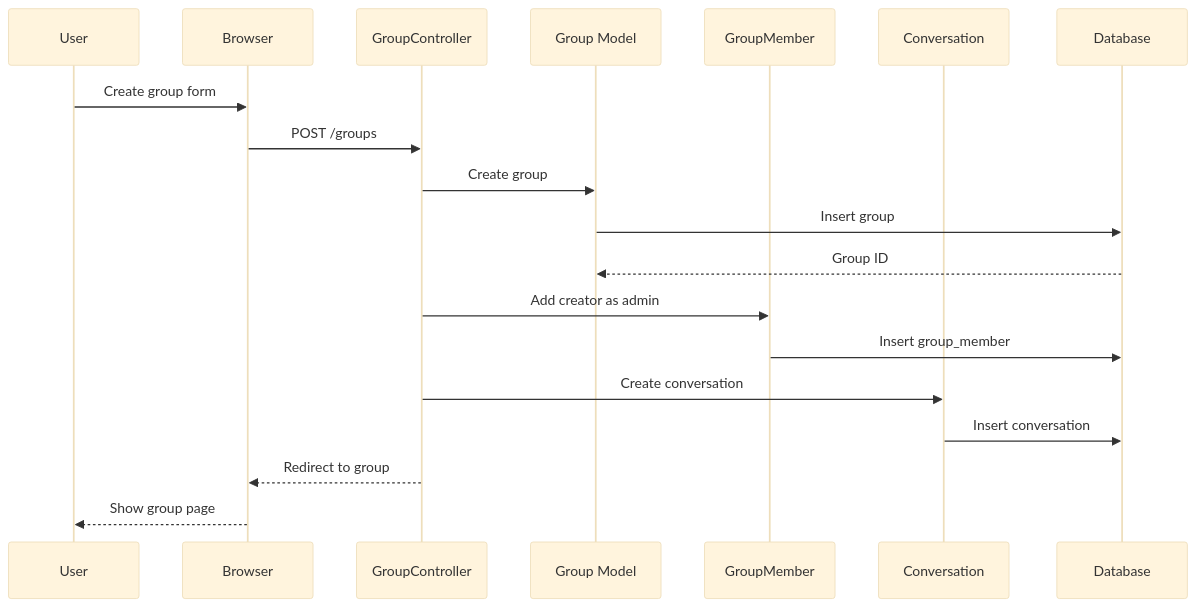
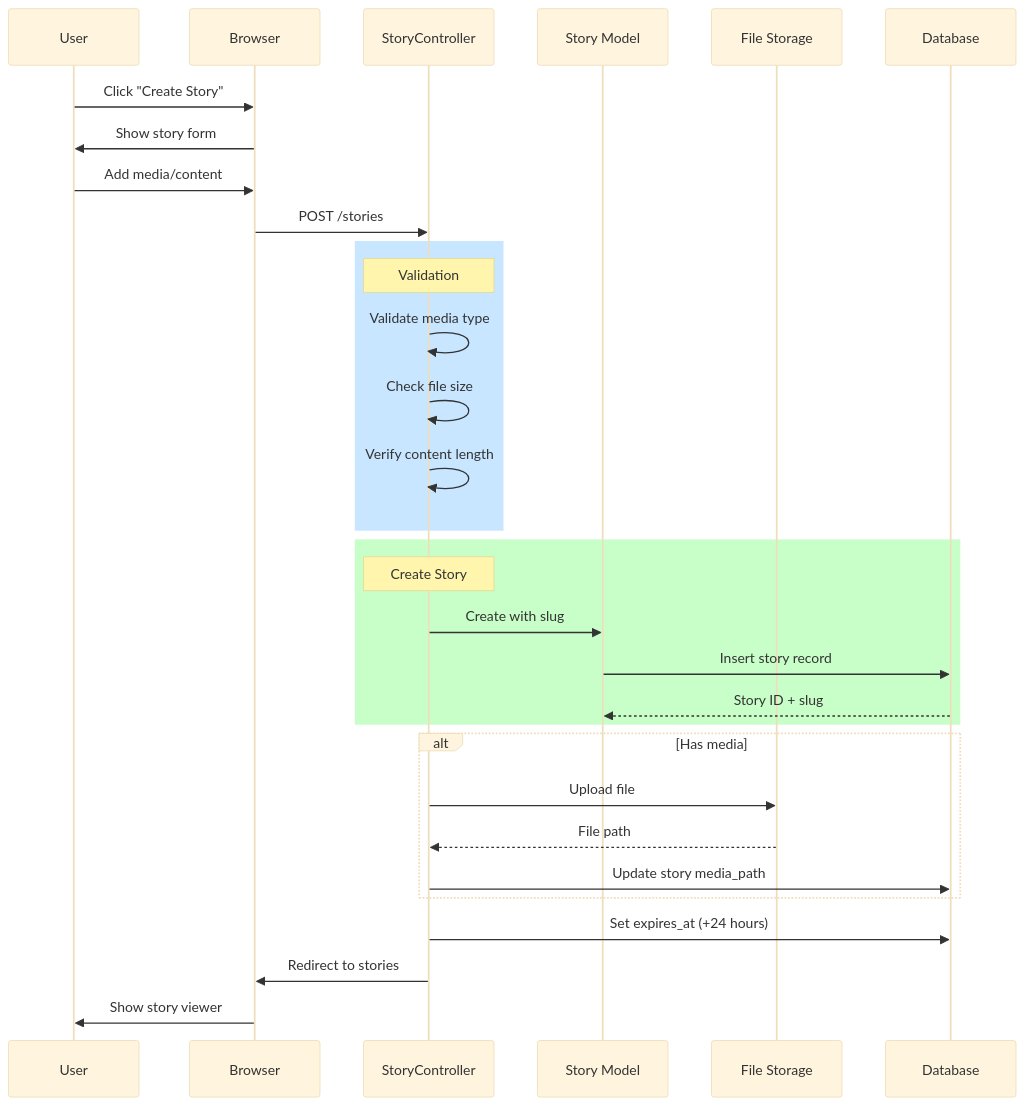
Before and after one commit to vd120/laravel_project: the tenth of 28 diagrams in UML.md, drawn with Mermaid (base theme). The commit also changed other lines of this file and 36 other files, not shown here.

````diff
--- a/UML.md
+++ b/UML.md
@@ -612,22 +1205,38 @@
 ```mermaid
 sequenceDiagram
     participant U as User
     participant B as Browser
-    participant GC as GroupController
-    participant G as Group Model
-    participant GM as GroupMember
-    participant C as Conversation
+    participant SC as StoryController
+    participant StoryM as Story Model
+    participant Storage as File Storage
     participant DB as Database
 
-    U->>B: Create group form
-    B->>GC: POST /groups
-    GC->>G: Create group
-    G->>DB: Insert group
-    DB-->>G: Group ID
-    GC->>GM: Add creator as admin
-    GM->>DB: Insert group_member
-    GC->>C: Create conversation
-    C->>DB: Insert conversation
-    GC-->>B: Redirect to group
-    B-->>U: Show group page
+    U->>B: Click "Create Story"
+    B->>U: Show story form
+    U->>B: Add media/content
+    B->>SC: POST /stories
+
+    rect rgb(200, 230, 255)
+        Note over SC: Validation
+        SC->>SC: Validate media type
+        SC->>SC: Check file size
+        SC->>SC: Verify content length
+    end
+
+    rect rgb(200, 255, 200)
+        Note over SC: Create Story
+        SC->>StoryM: Create with slug
+        StoryM->>DB: Insert story record
+        DB-->>StoryM: Story ID + slug
+    end
+
+    alt Has media
+        SC->>Storage: Upload file
+        Storage-->>SC: File path
+        SC->>DB: Update story media_path
+    end
+
+    SC->>DB: Set expires_at (+24 hours)
+    SC->>B: Redirect to stories
+    B->>U: Show story viewer
 ```
````
